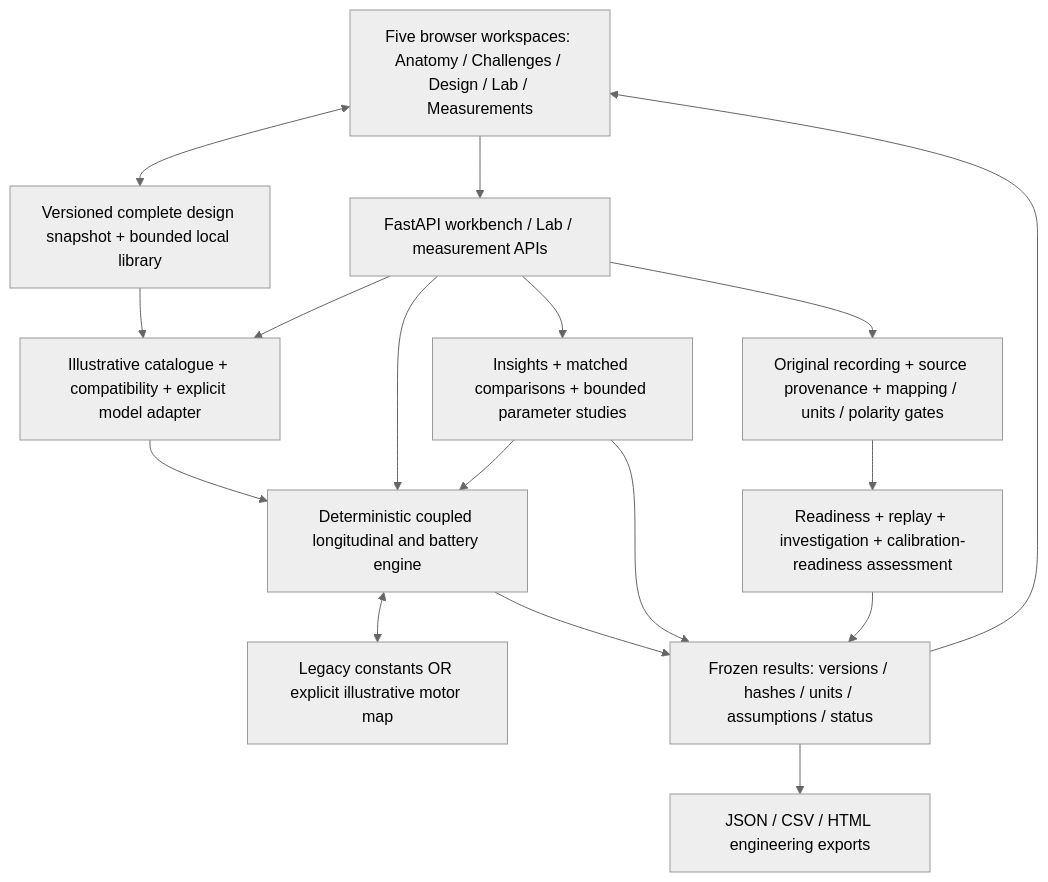
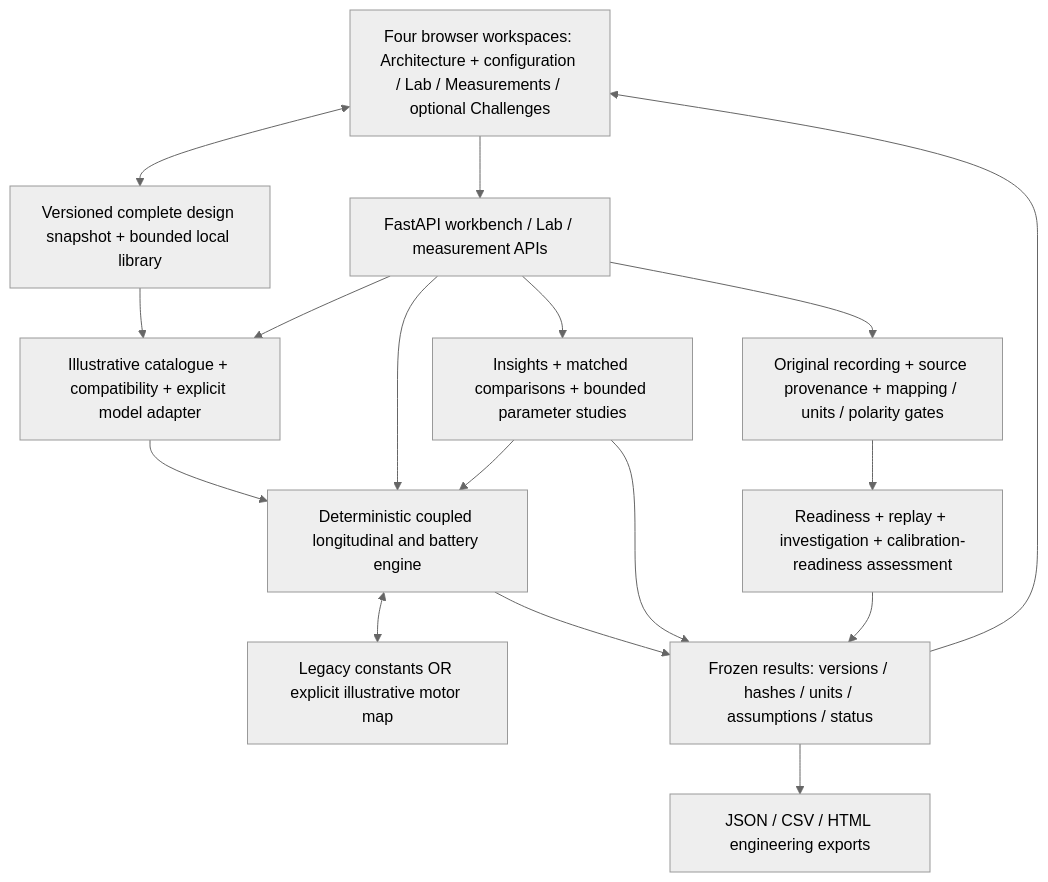
One commit to AsherFerdinand/VEUS-ev-testbench changed the diagram in docs/veus2/architecture.md. Above: the diagram before and after it, drawn with Mermaid (neutral theme). The commit also changed other lines of this file and 43 other files, not shown here.

````diff
--- a/docs/veus2/architecture.md
+++ b/docs/veus2/architecture.md
@@ -7,30 +7,30 @@
 ```mermaid
 flowchart TD
-    UI[Five browser workspaces: Anatomy / Challenges / Design / Lab / Measurements]
+    UI[Four browser workspaces: Architecture + configuration / Lab / Measurements / optional Challenges]
     CFG[Versioned complete design snapshot + bounded local library]
     API[FastAPI workbench / Lab / measurement APIs]
     CAT[Illustrative catalogue + compatibility + explicit model adapter]
     LAB[Deterministic coupled longitudinal and battery engine]
     PT[Legacy constants OR explicit illustrative motor map]
     ANA[Insights + matched comparisons + bounded parameter studies]
     DATA[Original recording + source provenance + mapping / units / polarity gates]
     INV[Readiness + replay + investigation + calibration-readiness assessment]
     OUT[Frozen results: versions / hashes / units / assumptions / status]
     REP[JSON / CSV / HTML engineering exports]
     UI <--> CFG
     UI --> API
     CFG --> CAT
     API --> CAT
     API --> LAB
     API --> ANA
     ANA --> LAB
     CAT --> LAB
     LAB <--> PT
     API --> DATA
     DATA --> INV
     LAB --> OUT
     ANA --> OUT
     INV --> OUT
     OUT --> REP
     OUT --> UI
 ```
````
